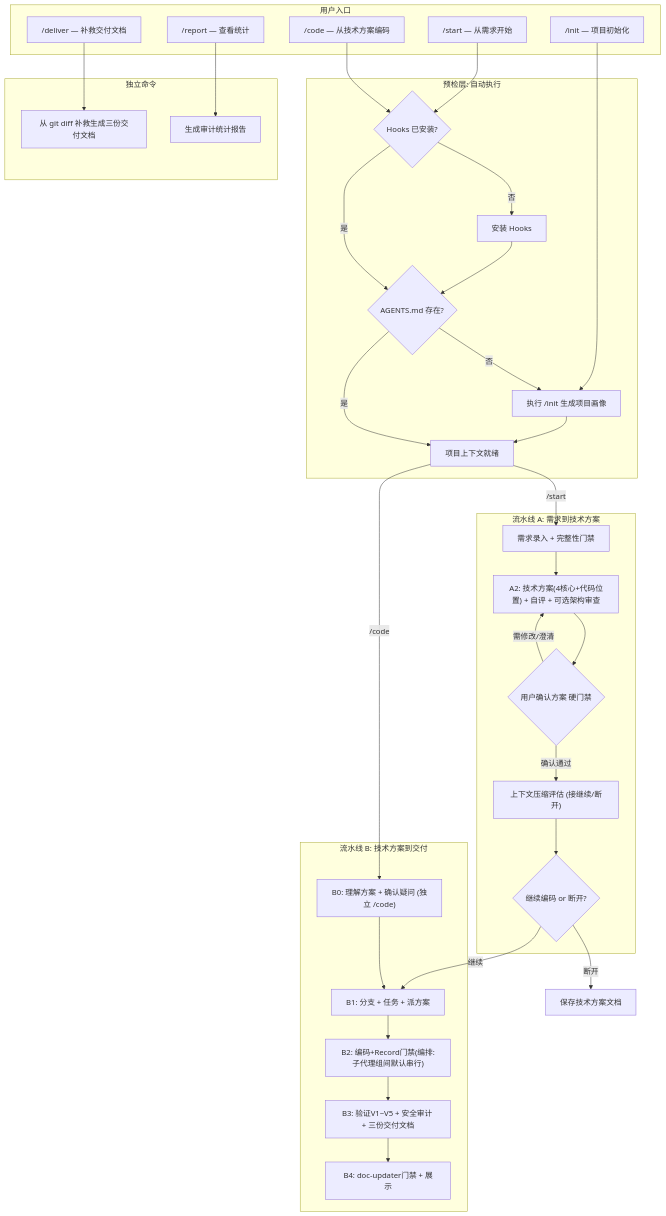
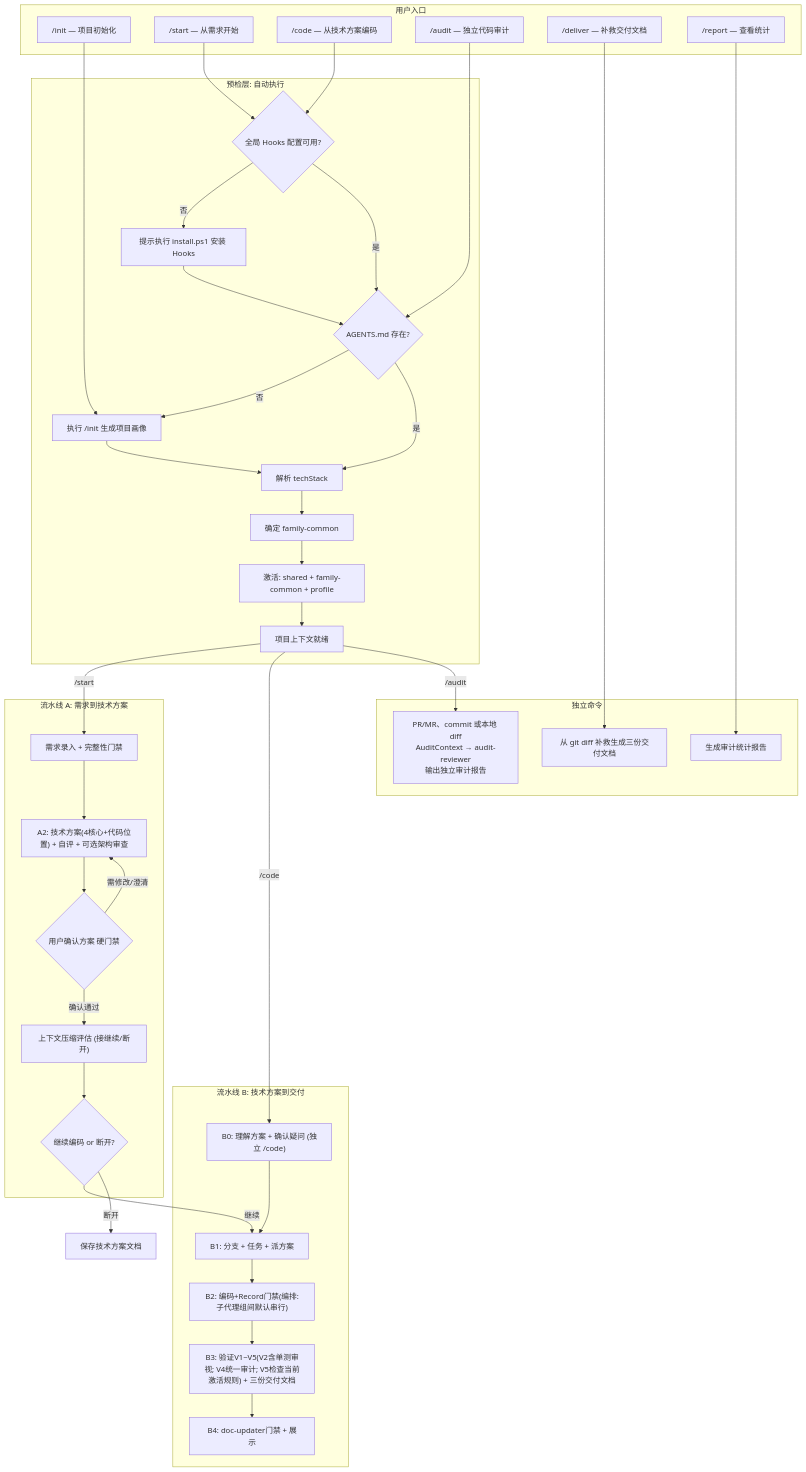
The diagram in docs/user-guide.md (leikegeek/coding-exoskeleton), drawn with Mermaid before and after one commit. The commit also changed other lines of this file and 65 other files, not shown here.

````diff
--- a/docs/user-guide.md
+++ b/docs/user-guide.md
@@ -110,59 +115,67 @@
 ```mermaid
 flowchart TD
     subgraph entry [用户入口]
         CMD_INIT["/init — 项目初始化"]
         CMD_START["/start — 从需求开始"]
         CMD_CODE["/code — 从技术方案编码"]
+        CMD_AUDIT["/audit — 独立代码审计"]
         CMD_DELIVER["/deliver — 补救交付文档"]
         CMD_REPORT["/report — 查看统计"]
     end
 
     subgraph preCheck [预检层: 自动执行]
-        PC_Hooks{"Hooks 已安装?"}
-        PC_InstallHooks["安装 Hooks"]
+        PC_Hooks{"全局 Hooks 配置可用?"}
+        PC_InstallHooks["提示执行 install.ps1 安装 Hooks"]
         PC_Agents{"AGENTS.md 存在?"}
         PC_Init["执行 /init 生成项目画像"]
+        PC_Profile["解析 techStack"]
+        PC_Family["确定 family-common"]
+        PC_Activate["激活: shared + family-common + profile"]
         PC_Ready["项目上下文就绪"]
     end
 
     subgraph pipelineA [流水线 A: 需求到技术方案]
         A_Intake["需求录入 + 完整性门禁"]
         A_Design["A2: 技术方案(4核心+代码位置) + 自评 + 可选架构审查"]
         A_Gate{"用户确认方案 硬门禁"}
         A_Compact["上下文压缩评估 (接继续/断开)"]
         A_Choice{"继续编码 or 断开?"}
     end
 
     subgraph pipelineB [流水线 B: 技术方案到交付]
         B_Understand["B0: 理解方案 + 确认疑问 (独立 /code)"]
         B_Prepare["B1: 分支 + 任务 + 派方案"]
         B_Code["B2: 编码+Record门禁(编排:子代理组间默认串行)"]
-        B_Verify["B3: 验证V1~V5 + 安全审计 + 三份交付文档"]
+        B_Verify["B3: 验证V1~V5(V2含单测审视; V4统一审计; V5检查当前激活规则) + 三份交付文档"]
         B_Deliver["B4: doc-updater门禁 + 展示"]
     end
 
     subgraph standalone [独立命令]
+        AUDIT_FLOW["PR/MR、commit 或本地 diff<br/>AuditContext → audit-reviewer<br/>输出独立审计报告"]
         DELIVER_FIX["从 git diff 补救生成三份交付文档"]
         REPORT_GEN["生成审计统计报告"]
     end
 
     CMD_INIT --> PC_Init
     CMD_START --> PC_Hooks
     CMD_CODE --> PC_Hooks
+    CMD_AUDIT --> PC_Agents
     CMD_DELIVER --> DELIVER_FIX
     CMD_REPORT --> REPORT_GEN
 
     PC_Hooks -->|"否"| PC_InstallHooks --> PC_Agents
     PC_Hooks -->|"是"| PC_Agents
-    PC_Agents -->|"否"| PC_Init --> PC_Ready
-    PC_Agents -->|"是"| PC_Ready
+    PC_Agents -->|"否"| PC_Init --> PC_Profile
+    PC_Agents -->|"是"| PC_Profile
+    PC_Profile --> PC_Family --> PC_Activate --> PC_Ready
 
     PC_Ready -->|"/start"| A_Intake --> A_Design --> A_Gate
     A_Gate -->|需修改/澄清| A_Design
     A_Gate -->|确认通过| A_Compact --> A_Choice
     A_Choice -->|"继续"| B_Prepare
     A_Choice -->|"断开"| OUT_A["保存技术方案文档"]
 
     PC_Ready -->|"/code"| B_Understand --> B_Prepare
     B_Prepare --> B_Code --> B_Verify --> B_Deliver
+    PC_Ready -->|"/audit"| AUDIT_FLOW
 ```
````
